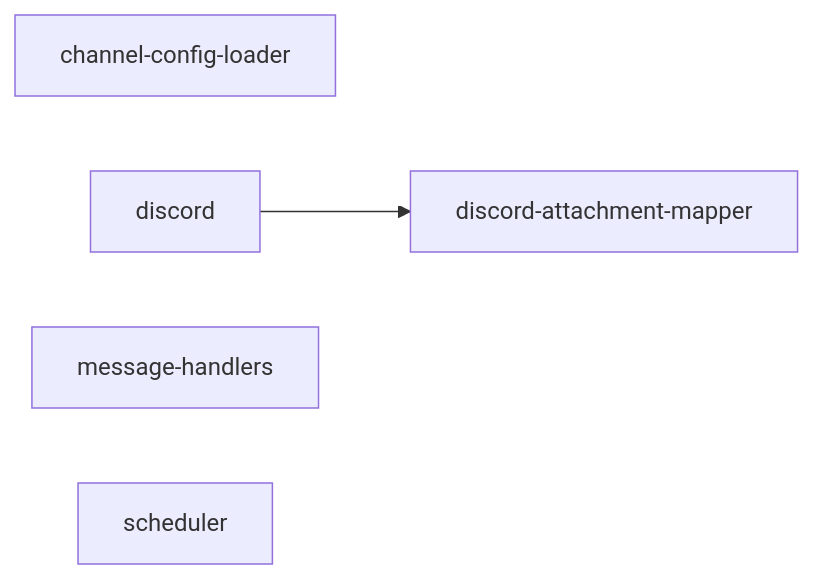
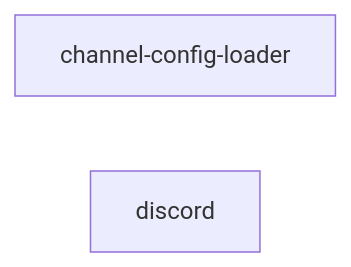
Before and after one commit to OJII3/vicissitude: the diagram in src/gateway/DEPS.md, drawn with Mermaid. The commit also changed other lines of this file and 23 other files, not shown here.

First line of the commit message:
refactor: enforce architecture boundaries (#110)

````diff
--- a/src/gateway/DEPS.md
+++ b/src/gateway/DEPS.md
@@ -7,8 +7,5 @@
 ```mermaid
 graph LR
   channel_config_loader["channel-config-loader"]
-  discord --> discord_attachment_mapper["discord-attachment-mapper"]
-  discord_attachment_mapper["discord-attachment-mapper"]
-  message_handlers["message-handlers"]
-  scheduler
+  discord
 ```
````
